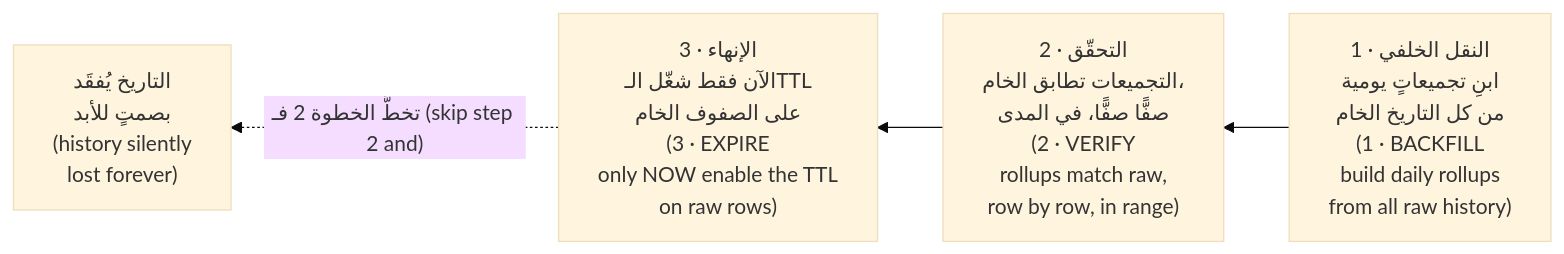
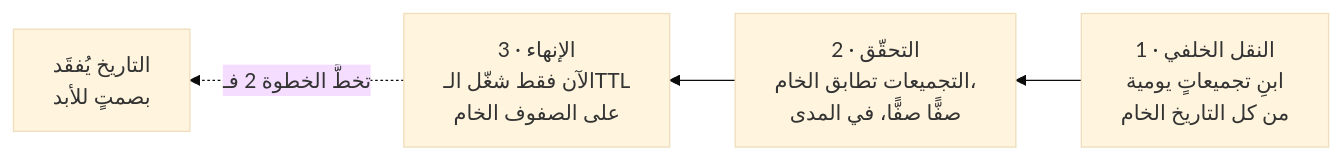
One commit to Tamoura/system-design-for-vibe-coders changed the fifth of 10 diagrams in modules/02-data-storage-backups/module.ar.md. Above: the diagram before and after it, drawn with Mermaid (base theme). The commit also changed other lines of this file and 551 other files, not shown here.

````diff
--- a/modules/02-data-storage-backups/module.ar.md
+++ b/modules/02-data-storage-backups/module.ar.md
@@ -497,6 +497,6 @@
 ```mermaid
 flowchart RL
-    B["1 · النقل الخلفي<br/>ابنِ تجميعاتٍ يومية<br/>من كل التاريخ الخام<br/>(1 · BACKFILL<br/>build daily rollups<br/>from all raw history)"] --> V["2 · التحقّق<br/>التجميعات تطابق الخام،<br/>صفًّا صفًّا، في المدى<br/>(2 · VERIFY<br/>rollups match raw,<br/>row by row, in range)"]
-    V --> E["3 · الإنهاء<br/>الآن فقط شغّل الـTTL<br/>على الصفوف الخام<br/>(3 · EXPIRE<br/>only NOW enable the TTL<br/>on raw rows)"]
-    E -.->|"تخطَّ الخطوة 2 فـ (skip step 2 and)"| X["التاريخ يُفقَد<br/>بصمتٍ للأبد<br/>(history silently<br/>lost forever)"]
+    B["1 · النقل الخلفي<br/>ابنِ تجميعاتٍ يومية<br/>من كل التاريخ الخام"] --> V["2 · التحقّق<br/>التجميعات تطابق الخام،<br/>صفًّا صفًّا، في المدى"]
+    V --> E["3 · الإنهاء<br/>الآن فقط شغّل الـTTL<br/>على الصفوف الخام"]
+    E -.->|"تخطَّ الخطوة 2 فـ"| X["التاريخ يُفقَد<br/>بصمتٍ للأبد"]
 ```
````
